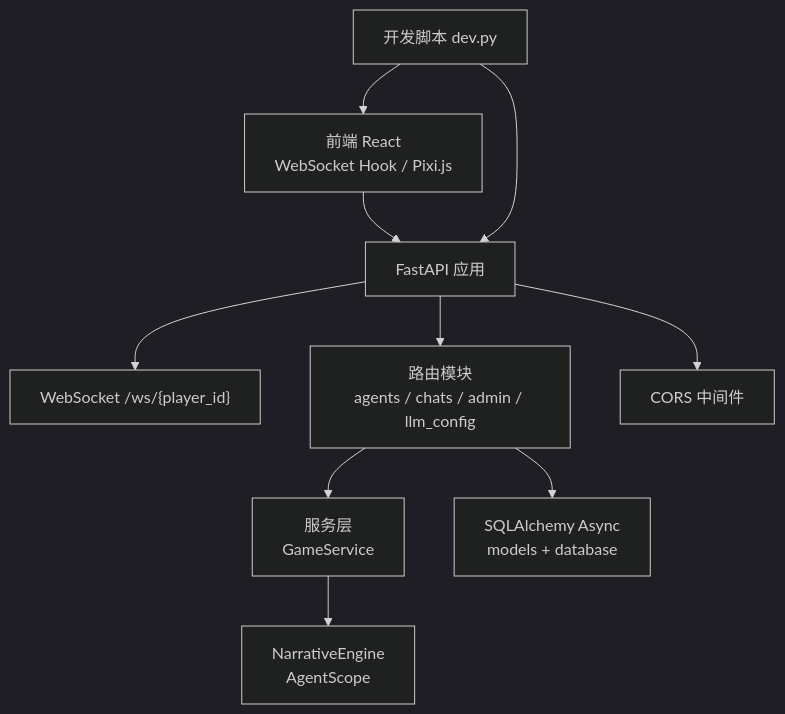
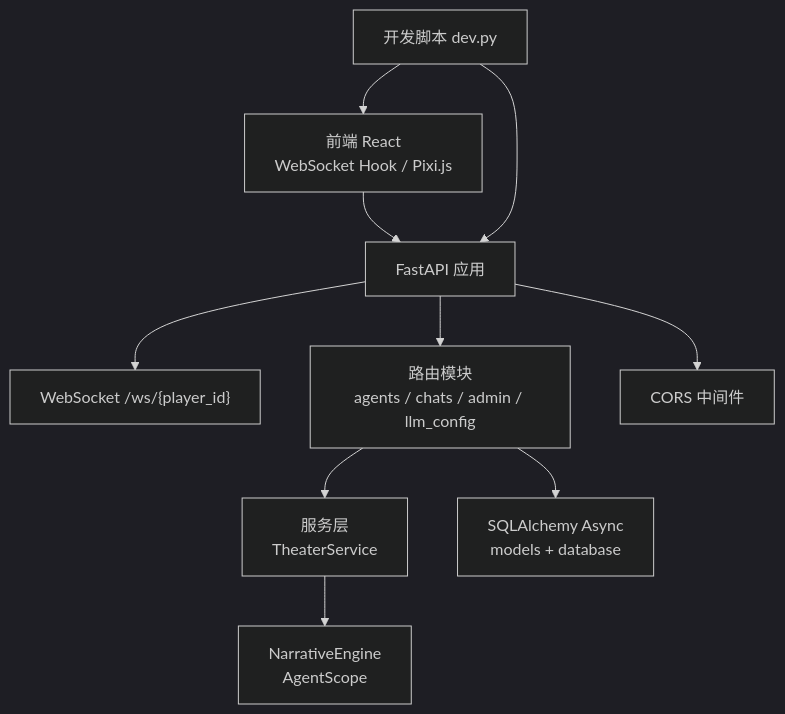
Before and after one commit to KunLabAI/KunFlix: the second of 3 diagrams in .qoder/repowiki/zh/content/开发工具链/调试工具.md, drawn with Mermaid (dark theme). The commit also changed other lines of this file and 112 other files, not shown here.

````diff
--- a/.qoder/repowiki/zh/content/开发工具链/调试工具.md
+++ b/.qoder/repowiki/zh/content/开发工具链/调试工具.md
@@ -127,12 +127,12 @@
 ```mermaid
 graph TB
 FE["前端 React<br/>WebSocket Hook / Pixi.js"] --> API["FastAPI 应用"]
 API --> WS["WebSocket /ws/{player_id}"]
 API --> ROUTERS["路由模块<br/>agents / chats / admin / llm_config"]
-ROUTERS --> SRV["服务层<br/>GameService"]
+ROUTERS --> SRV["服务层<br/>TheaterService"]
 SRV --> AGENTS["NarrativeEngine<br/>AgentScope"]
 ROUTERS --> DB["SQLAlchemy Async<br/>models + database"]
 API --> CORS["CORS 中间件"]
 DEV["开发脚本 dev.py"] --> API
 DEV --> FE
 ```
````
